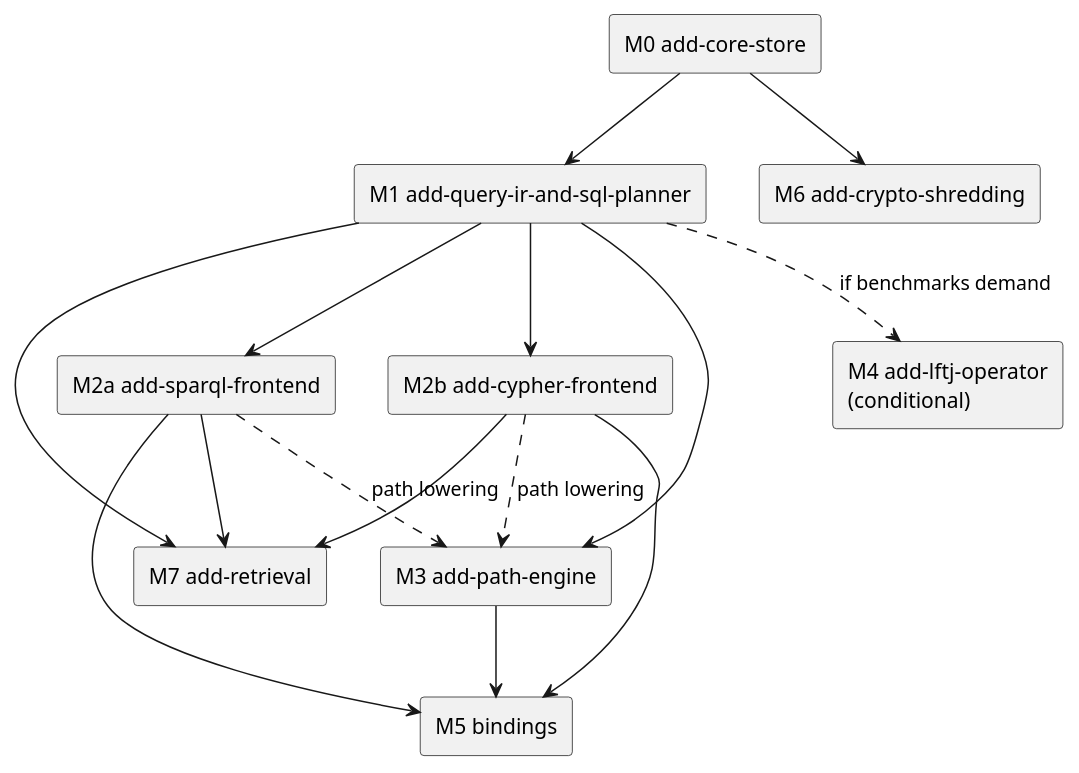
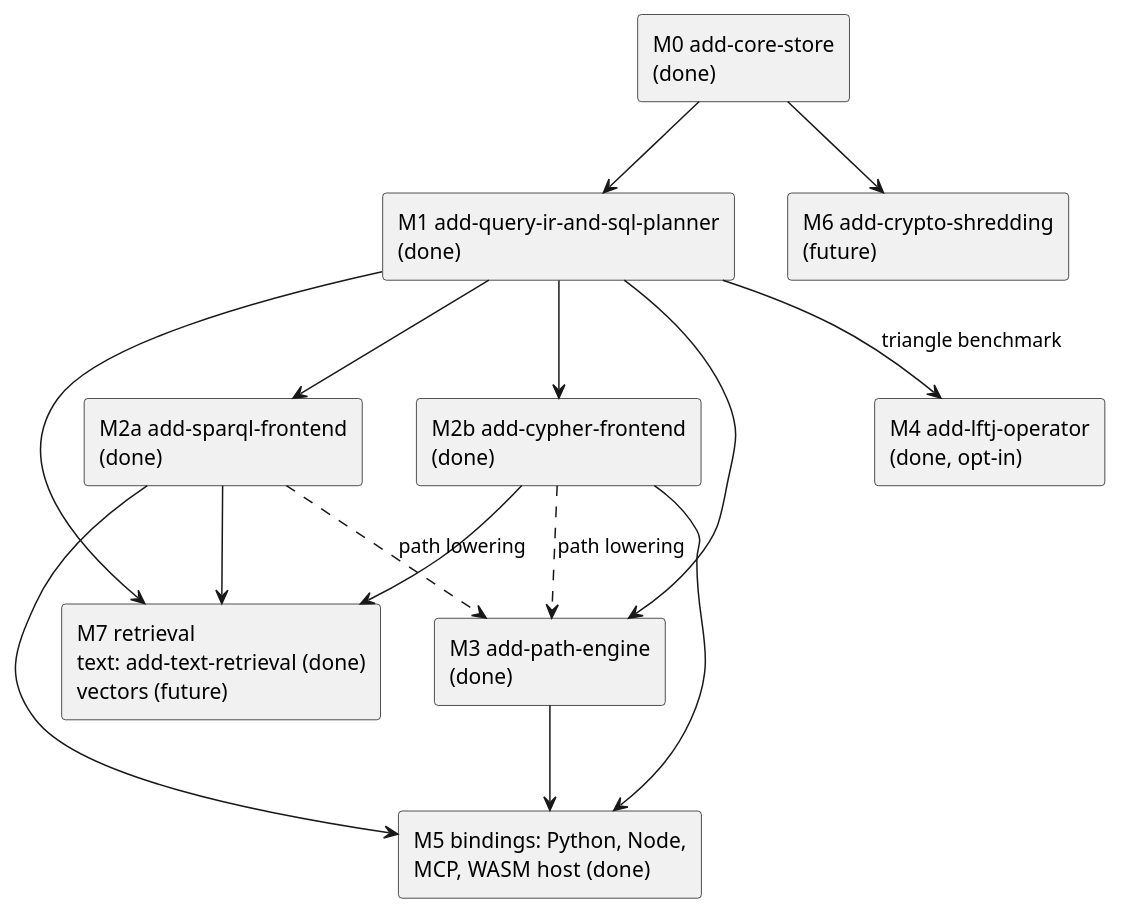
The diagram in lat.md/roadmap.md (Volland/tiramemsu), drawn with PlantUML before and after one commit. The commit also changed other lines of this file and 6 other files, not shown here.

Commit message:
lat.md: how the 0.3 features work, architecture, crate and deployment diagrams

````diff
--- a/lat.md/roadmap.md
+++ b/lat.md/roadmap.md
@@ -25,28 +27,28 @@
 ```plantuml
 @startuml milestones
 skinparam shadowing false
-rectangle "M0 add-core-store" as M0
-rectangle "M1 add-query-ir-and-sql-planner" as M1
-rectangle "M2a add-sparql-frontend" as M2a
-rectangle "M2b add-cypher-frontend" as M2b
-rectangle "M3 add-path-engine" as M3
-rectangle "M4 add-lftj-operator\n(conditional)" as M4
-rectangle "M5 bindings" as M5
-rectangle "M6 add-crypto-shredding" as M6
-rectangle "M7 add-retrieval" as M7
+rectangle "M0 add-core-store\n(done)" as M0
+rectangle "M1 add-query-ir-and-sql-planner\n(done)" as M1
+rectangle "M2a add-sparql-frontend\n(done)" as M2a
+rectangle "M2b add-cypher-frontend\n(done)" as M2b
+rectangle "M3 add-path-engine\n(done)" as M3
+rectangle "M4 add-lftj-operator\n(done, opt-in)" as M4
+rectangle "M5 bindings: Python, Node,\nMCP, WASM host (done)" as M5
+rectangle "M6 add-crypto-shredding\n(future)" as M6
+rectangle "M7 retrieval\ntext: add-text-retrieval (done)\nvectors (future)" as M7
 M0 --> M6
 M1 --> M7
 M2a --> M7
 M2b --> M7
 M0 --> M1
 M1 --> M2a
 M1 --> M2b
 M1 --> M3
 M2a ..> M3 : path lowering
 M2b ..> M3 : path lowering
-M1 ..> M4 : if benchmarks demand
+M1 --> M4 : triangle benchmark
 M3 --> M5
 M2a --> M5
 M2b --> M5
 @enduml
 ```
````
